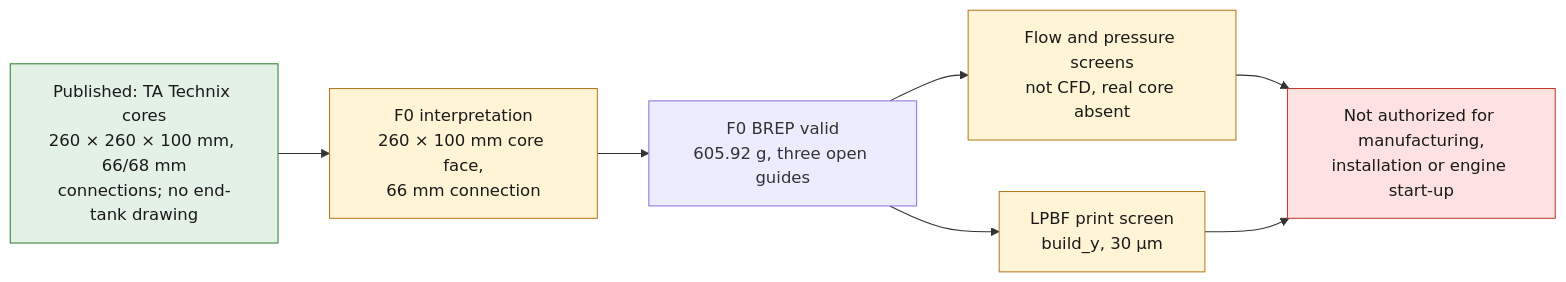
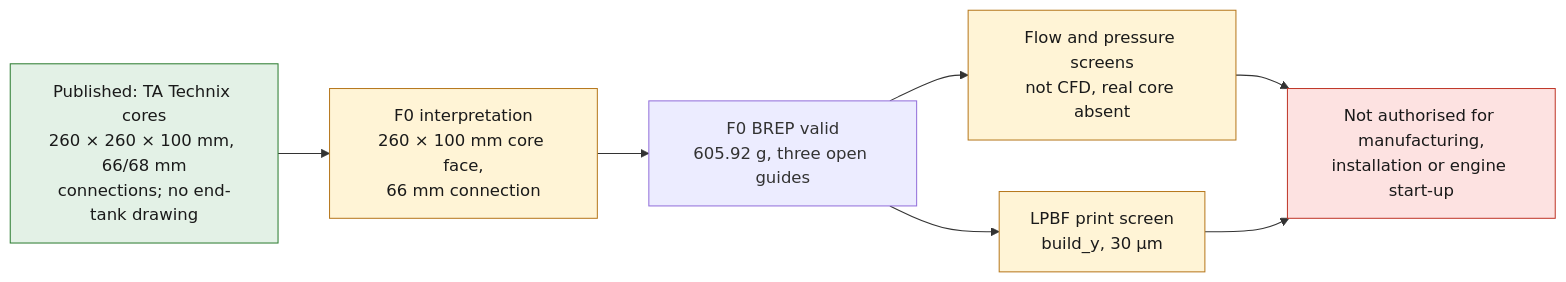
The diagram in docs/993/993_INTERCOOLER_END_TANK_ALSI10MG_F0.md (cluster2600/porscheparts), drawn with Mermaid before and after one commit. The commit also changed other lines of this file and 480 other files, not shown here.

````diff
--- a/docs/993/993_INTERCOOLER_END_TANK_ALSI10MG_F0.md
+++ b/docs/993/993_INTERCOOLER_END_TANK_ALSI10MG_F0.md
@@ -16,15 +16,15 @@
 ```mermaid
 flowchart LR
   S["Published: TA Technix cores<br/>260 × 260 × 100 mm, 66/68 mm<br/>connections; no end-tank drawing"] --> H["F0 interpretation<br/>260 × 100 mm core face,<br/>66 mm connection"]
   H --> G["F0 BREP valid<br/>605.92 g, three open guides"]
   G --> F["Flow and pressure screens<br/>not CFD, real core absent"]
   G --> P["LPBF print screen<br/>build_y, 30 µm"]
-  F --> V["Not authorized for manufacturing,<br/>installation or engine start-up"]
+  F --> V["Not authorised for manufacturing,<br/>installation or engine start-up"]
   P --> V
   class S ok
   class H,F,P open
   class V stop
   classDef stop fill:#fde2e1,stroke:#c0392b,color:#1a1a1a;
   classDef ok fill:#e3f1e6,stroke:#2e7d32,color:#1a1a1a;
   classDef open fill:#fff4d6,stroke:#b7791f,color:#1a1a1a;
 ```
````
